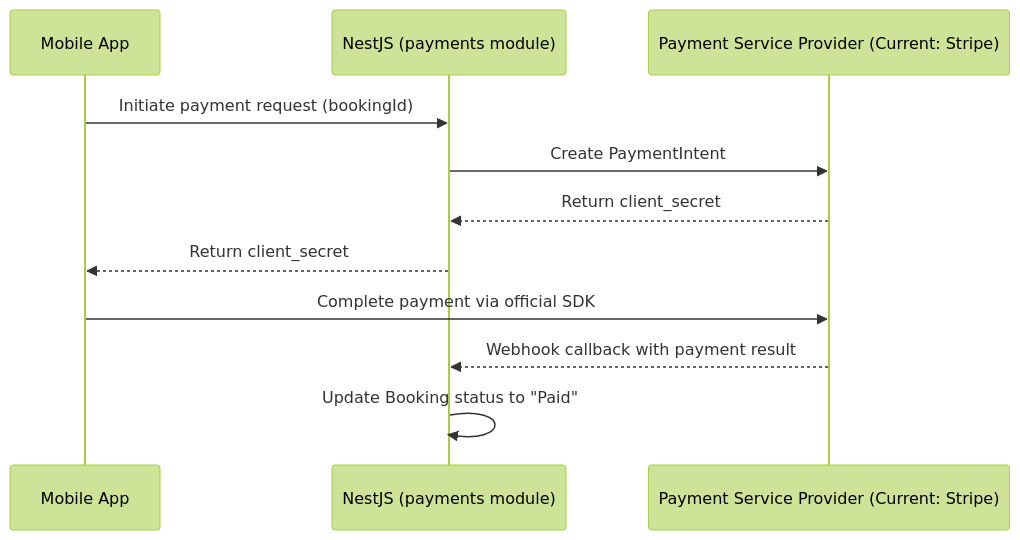
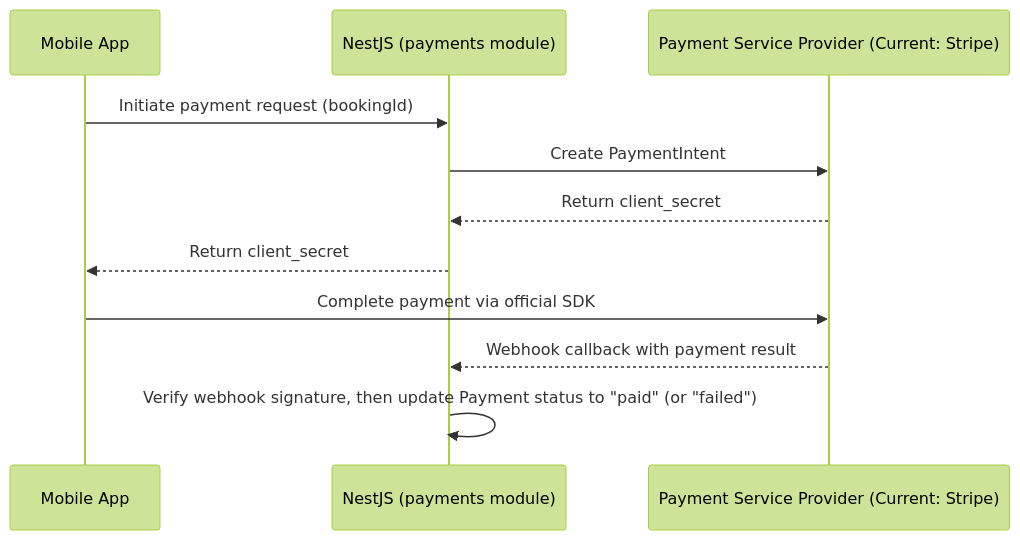
The fourth of 7 diagrams in docs/03_System_Architecture.md (xiyunliu610/yt-paws-platform), drawn with Mermaid (forest theme) before and after one commit. The commit also changed other lines of this file and 2 other files, not shown here.

First line of the commit message:
docs: sync PRD and architecture docs with payments/reports/businesses work

````diff
--- a/docs/03_System_Architecture.md
+++ b/docs/03_System_Architecture.md
@@ -262,14 +272,14 @@
 ```mermaid
 sequenceDiagram
     participant App as Mobile App
     participant API as NestJS (payments module)
     participant PSP as Payment Service Provider (Current: Stripe)
 
     App->>API: Initiate payment request (bookingId)
     API->>PSP: Create PaymentIntent
     PSP-->>API: Return client_secret
     API-->>App: Return client_secret
     App->>PSP: Complete payment via official SDK
     PSP-->>API: Webhook callback with payment result
-    API->>API: Update Booking status to "Paid"
+    API->>API: Verify webhook signature, then update Payment status to "paid" (or "failed")
 ```
````
